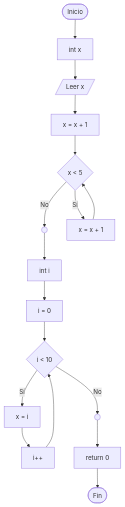
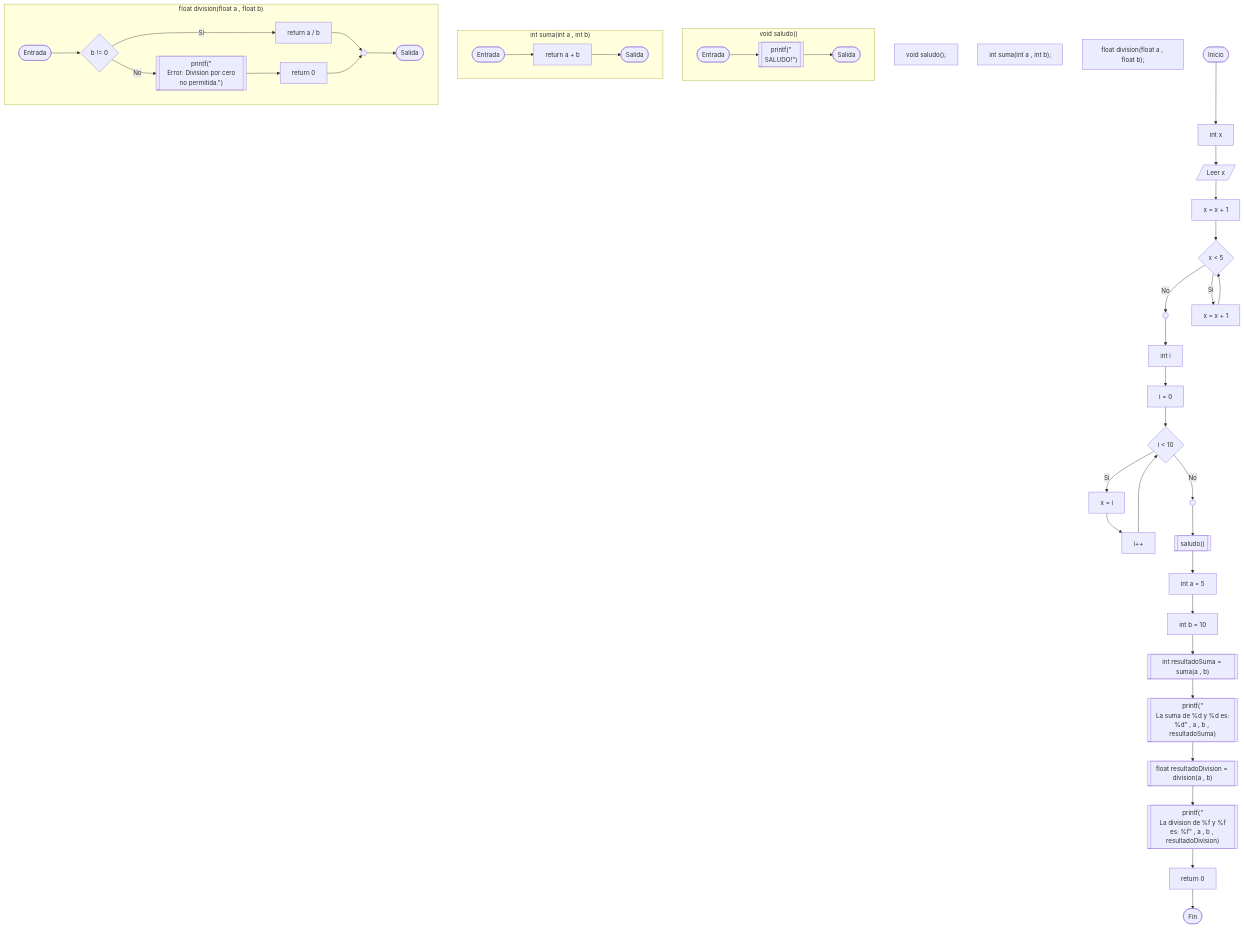
The first of 2 diagrams in README.md (danielpulid0/CodeToMermaid), drawn with Mermaid before and after one commit. The commit also changed 1 other file, not shown here.

Commit message:
docs: restaurar diagramas de flujo y secuencia reales generados por el compilador para codigo.c

````diff
--- a/README.md
+++ b/README.md
@@ -164,34 +164,84 @@
 ```mermaid
 graph TD
-nodo0([Inicio])
-    nodo1["int x"]
-nodo2[/"Leer x"/]
-    nodo1 --> nodo2
-    nodo3["x = x + 1"]
-    nodo2 --> nodo3
-nodo4{"x < 5"}
-nodo5(( ))
+nodo0["void saludo();"]
+nodo1["int suma(int a , int b);"]
+nodo2["float division(float a , float b);"]
+nodo3([Inicio])
+    nodo4["int x"]
+nodo5[/"Leer x"/]
+    nodo4 --> nodo5
     nodo6["x = x + 1"]
-nodo4 -- Sí --> nodo6
-nodo6 --> nodo4
-nodo4 -- No --> nodo5
-    nodo3 --> nodo4
-    nodo7["int i"]
-    nodo5 --> nodo7
-nodo8["i = 0"]
-nodo9{"i < 10"}
-nodo10["i++"]
-nodo11(( ))
-nodo8 --> nodo9
-    nodo12["x = i"]
-nodo9 -- Sí --> nodo12
-nodo12 --> nodo10
-nodo10 --> nodo9
-nodo9 -- No --> nodo11
-    nodo7 --> nodo8
-nodo13["return 0"]
-    nodo11 --> nodo13
-nodo14([Fin])
-nodo0 --> nodo1
-nodo13 --> nodo14
+    nodo5 --> nodo6
+nodo7{"x < 5"}
+nodo8(( ))
+    nodo9["x = x + 1"]
+nodo7 -- Sí --> nodo9
+nodo9 --> nodo7
+nodo7 -- No --> nodo8
+    nodo6 --> nodo7
+    nodo10["int i"]
+    nodo8 --> nodo10
+nodo11["i = 0"]
+nodo12{"i < 10"}
+nodo13["i++"]
+nodo14(( ))
+nodo11 --> nodo12
+    nodo15["x = i"]
+nodo12 -- Sí --> nodo15
+nodo15 --> nodo13
+nodo13 --> nodo12
+nodo12 -- No --> nodo14
+    nodo10 --> nodo11
+    nodo16[["saludo()"]]
+    nodo14 --> nodo16
+    nodo17["int a = 5"]
+    nodo16 --> nodo17
+    nodo18["int b = 10"]
+    nodo17 --> nodo18
+    nodo19[["int resultadoSuma = suma(a , b)"]]
+    nodo18 --> nodo19
+    nodo20[["printf(#quot;\n La suma de %d y %d es: %d#quot; , a , b , resultadoSuma)"]]
+    nodo19 --> nodo20
+    nodo21[["float resultadoDivision = division(a , b)"]]
+    nodo20 --> nodo21
+    nodo22[["printf(#quot;\n La division de %f y %f es: %f#quot; , a , b , resultadoDivision)"]]
+    nodo21 --> nodo22
+nodo23["return 0"]
+    nodo22 --> nodo23
+nodoFinGlobal([Fin])
+nodo3 --> nodo4
+nodo23 --> nodoFinGlobal
+
+subgraph saludo["void saludo()"]
+nodo24([Entrada])
+    nodo26[["printf(#quot;\n SALUDO!#quot;)"]]
+nodo25([Salida])
+nodo24 --> nodo26
+nodo26 --> nodo25
+end
+
+subgraph suma["int suma(int a , int b)"]
+nodo27([Entrada])
+nodo29["return a + b"]
+nodo28([Salida])
+nodo27 --> nodo29
+nodo29 --> nodo28
+end
+
+subgraph division["float division(float a , float b)"]
+nodo30([Entrada])
+    nodo32{"b != 0"}
+nodo33["return a / b"]
+    nodo32 -- Sí --> nodo33
+    nodo34[["printf(#quot;\n Error: Division por cero no permitida.#quot;)"]]
+nodo35["return 0"]
+    nodo34 --> nodo35
+    nodo32 -- No --> nodo34
+    nodo36(( ))
+    nodo33 --> nodo36
+    nodo35 --> nodo36
+nodo31([Salida])
+nodo30 --> nodo32
+nodo36 --> nodo31
+end
 ```
````
